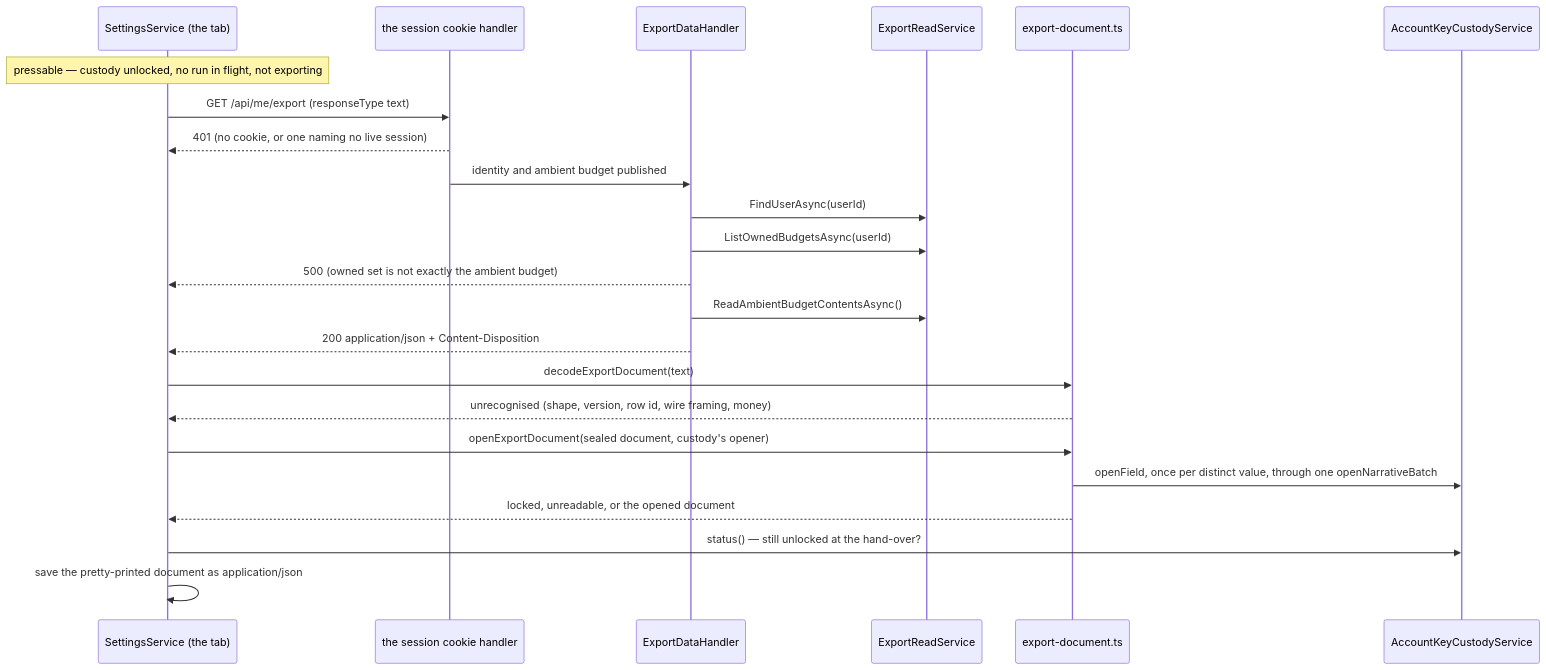
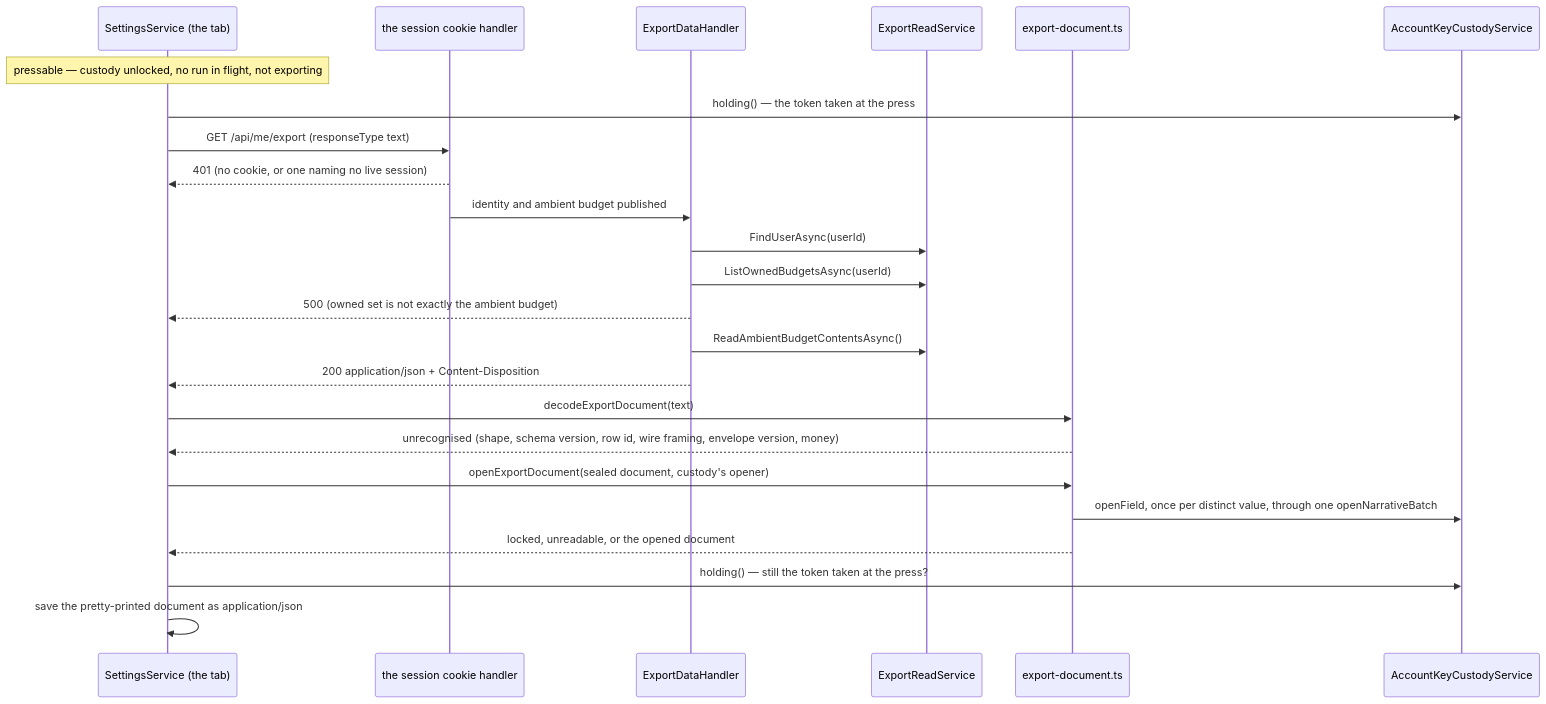
One commit to anton-kochev/budgetoid changed the second of 2 diagrams in docs/business-logic/export.md. Above: the diagram before and after it, drawn with Mermaid. The commit also changed other lines of this file and 22 other files, not shown here.

````diff
--- a/docs/business-logic/export.md
+++ b/docs/business-logic/export.md
@@ -509,25 +538,26 @@
 ```mermaid
 sequenceDiagram
     participant S as SettingsService (the tab)
     participant M as the session cookie handler
     participant H as ExportDataHandler
     participant R as ExportReadService
     participant D as export-document.ts
     participant K as AccountKeyCustodyService
     Note over S: pressable — custody unlocked, no run in flight, not exporting
+    S->>K: holding() — the token taken at the press
     S->>M: GET /api/me/export (responseType text)
     M-->>S: 401 (no cookie, or one naming no live session)
     M->>H: identity and ambient budget published
     H->>R: FindUserAsync(userId)
     H->>R: ListOwnedBudgetsAsync(userId)
     H-->>S: 500 (owned set is not exactly the ambient budget)
     H->>R: ReadAmbientBudgetContentsAsync()
     H-->>S: 200 application/json + Content-Disposition
     S->>D: decodeExportDocument(text)
-    D-->>S: unrecognised (shape, version, row id, wire framing, money)
+    D-->>S: unrecognised (shape, schema version, row id, wire framing, envelope version, money)
     S->>D: openExportDocument(sealed document, custody's opener)
     D->>K: openField, once per distinct value, through one openNarrativeBatch
     D-->>S: locked, unreadable, or the opened document
-    S->>K: status() — still unlocked at the hand-over?
+    S->>K: holding() — still the token taken at the press?
     S->>S: save the pretty-printed document as application/json
 ```
````
